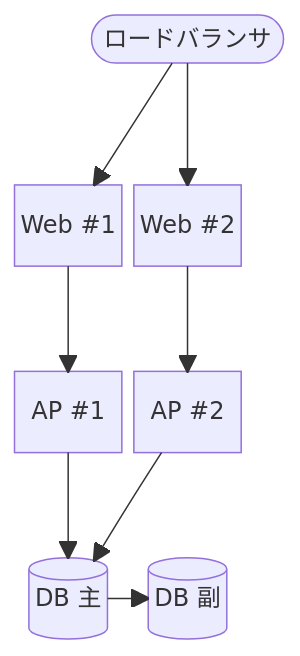
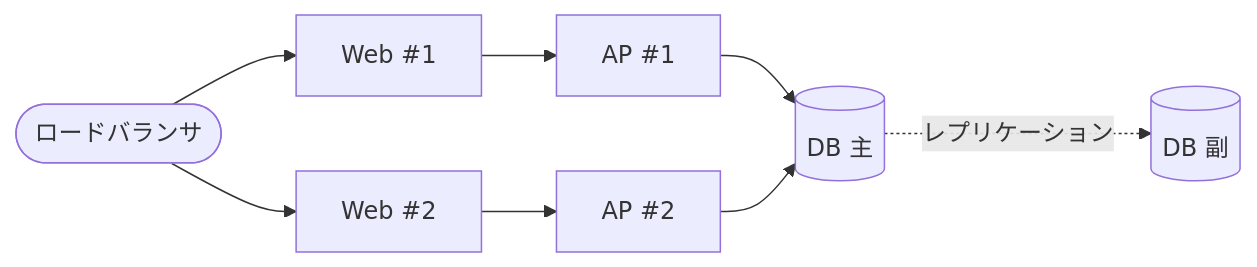
One commit to ramsesyok/design-doc-quarto-template changed the diagram in docs/chapters/04-system/01-hardware.qmd. Above: the diagram before and after it, drawn with Mermaid.

Commit message:
docs: 図4.1-1 ハードウェア構成の見切れを修正
block-beta（縦積み・spacer 行）だと縦横比が縦長になり、本文幅に合わせて
拡大した際に高さがページを超えて見切れ、キャプションに DB ノードが重なって
いた。横方向フロー（flowchart LR）に変更し、LB→Web→AP→DB を左から右へ
2 段で並べる横長・低背の図にして、本文直後に収まるようにした。

````diff
--- a/docs/chapters/04-system/01-hardware.qmd
+++ b/docs/chapters/04-system/01-hardware.qmd
@@ -10,18 +10,13 @@
 ```mermaid
-block-beta
-  columns 3
-  lb(["ロードバランサ"]):3
-  space:3
-  web1["Web #1"] web2["Web #2"] space
-  space:3
-  ap1["AP #1"] ap2["AP #2"] space
-  space:3
-  db1[("DB 主")] db2[("DB 副")] space
-  lb --> web1
-  lb --> web2
-  web1 --> ap1
-  web2 --> ap2
-  ap1 --> db1
-  ap2 --> db1
-  db1 --> db2
+flowchart LR
+  lb(["ロードバランサ"])
+  web1["Web #1"]
+  web2["Web #2"]
+  ap1["AP #1"]
+  ap2["AP #2"]
+  db1[("DB 主")]
+  db2[("DB 副")]
+  lb --> web1 --> ap1 --> db1
+  lb --> web2 --> ap2 --> db1
+  db1 -. レプリケーション .-> db2
 ```
````
